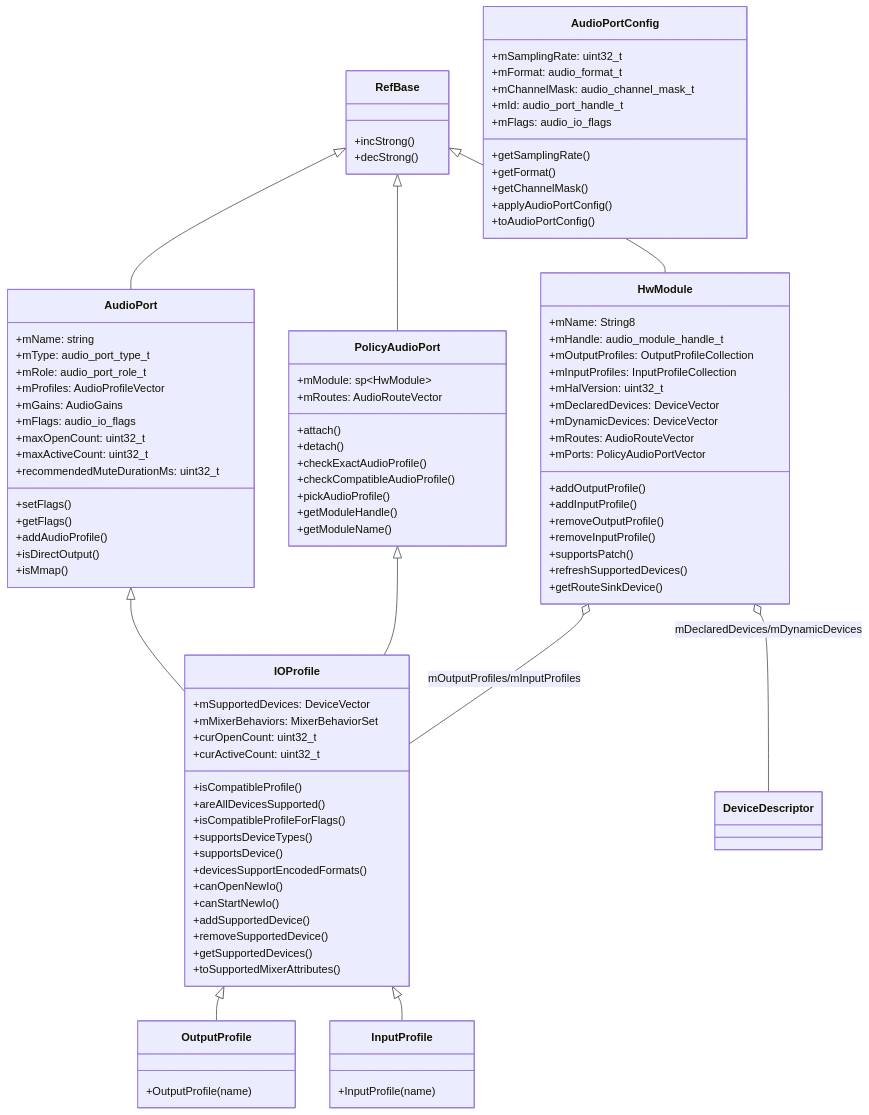
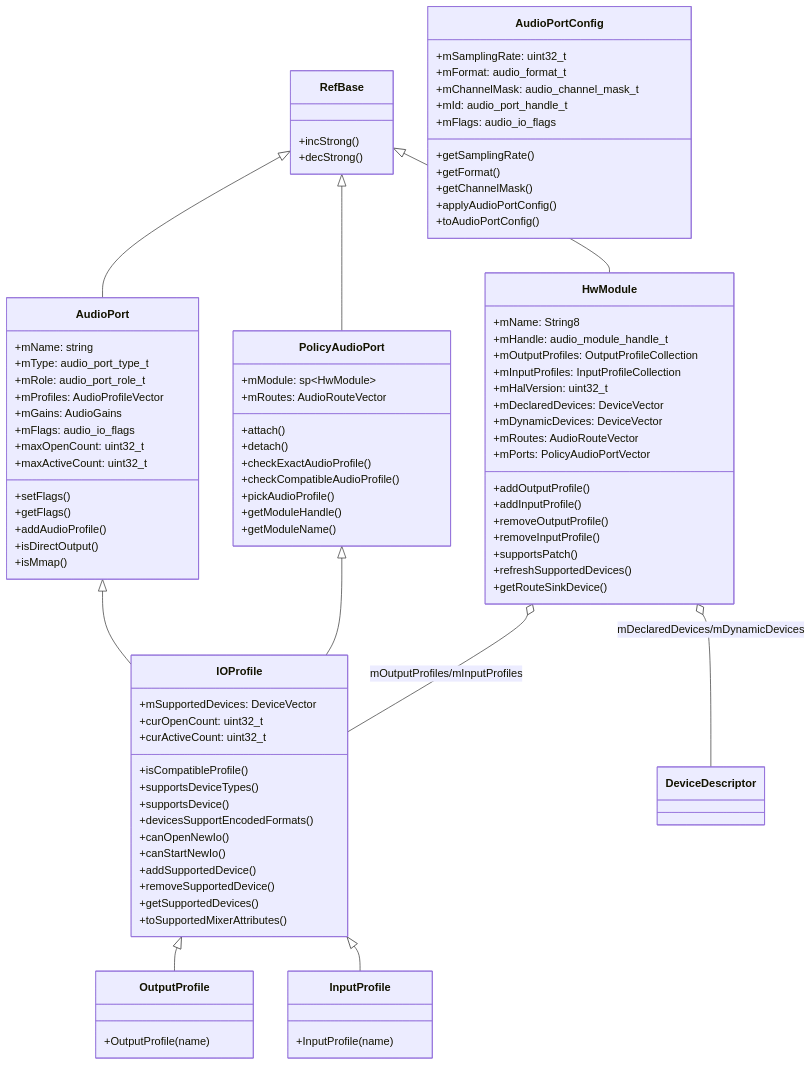
Before and after one commit to yanglinzhen1022/SA8295_AAOS_QNX_Audio_KnowledgeBase: the second of 8 diagrams in 06_Audio_Policy_Engine/06_6.6_IOProfile与HwModule-HAL能力描述.md, drawn with Mermaid. The commit also changed other lines of this file and 11 other files, not shown here.

```diff
--- a/06_Audio_Policy_Engine/06_6.6_IOProfile与HwModule-HAL能力描述.md
+++ b/06_Audio_Policy_Engine/06_6.6_IOProfile与HwModule-HAL能力描述.md
@@ -50,7 +50,6 @@
         +mFlags: audio_io_flags
         +maxOpenCount: uint32_t
         +maxActiveCount: uint32_t
-        +recommendedMuteDurationMs: uint32_t
         +setFlags()
         +getFlags()
         +addAudioProfile()
@@ -82,12 +81,9 @@
     }
     class IOProfile {
         +mSupportedDevices: DeviceVector
-        +mMixerBehaviors: MixerBehaviorSet
         +curOpenCount: uint32_t
         +curActiveCount: uint32_t
         +isCompatibleProfile()
-        +areAllDevicesSupported()
-        +isCompatibleProfileForFlags()
         +supportsDeviceTypes()
         +supportsDevice()
         +devicesSupportEncodedFormats()
```
